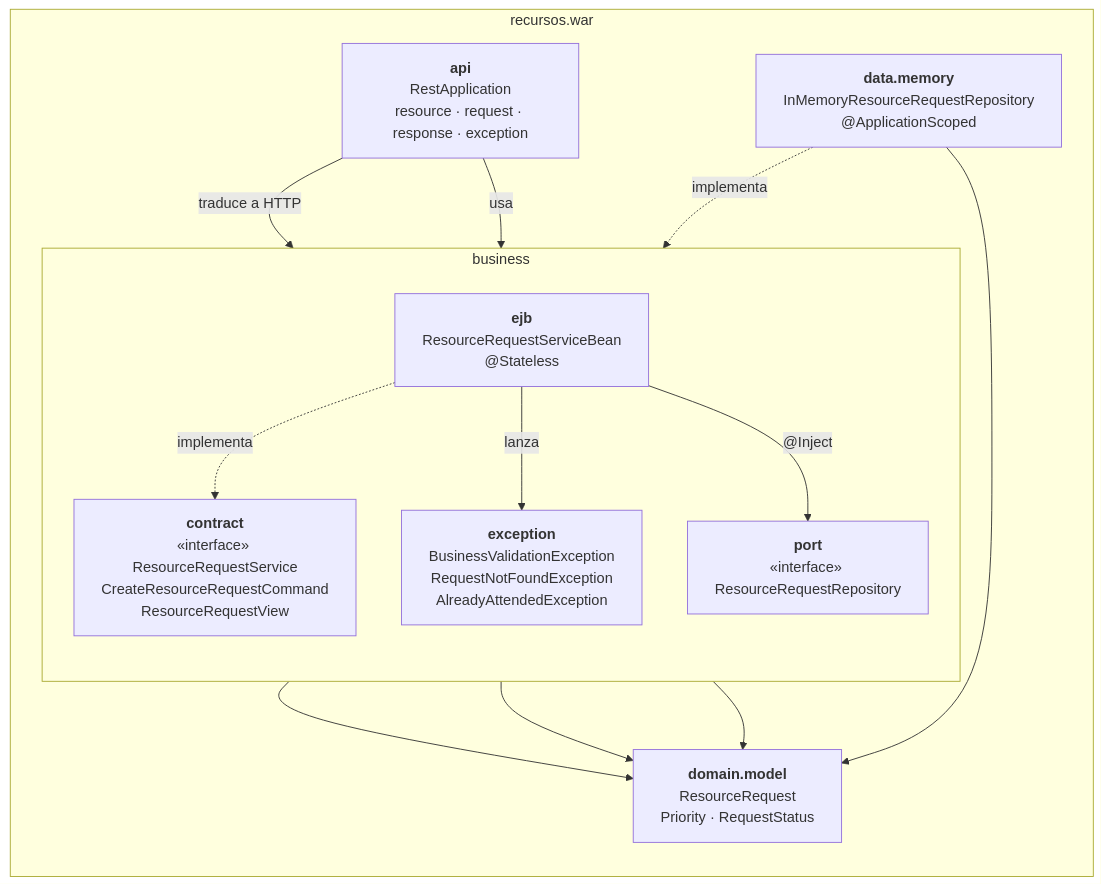
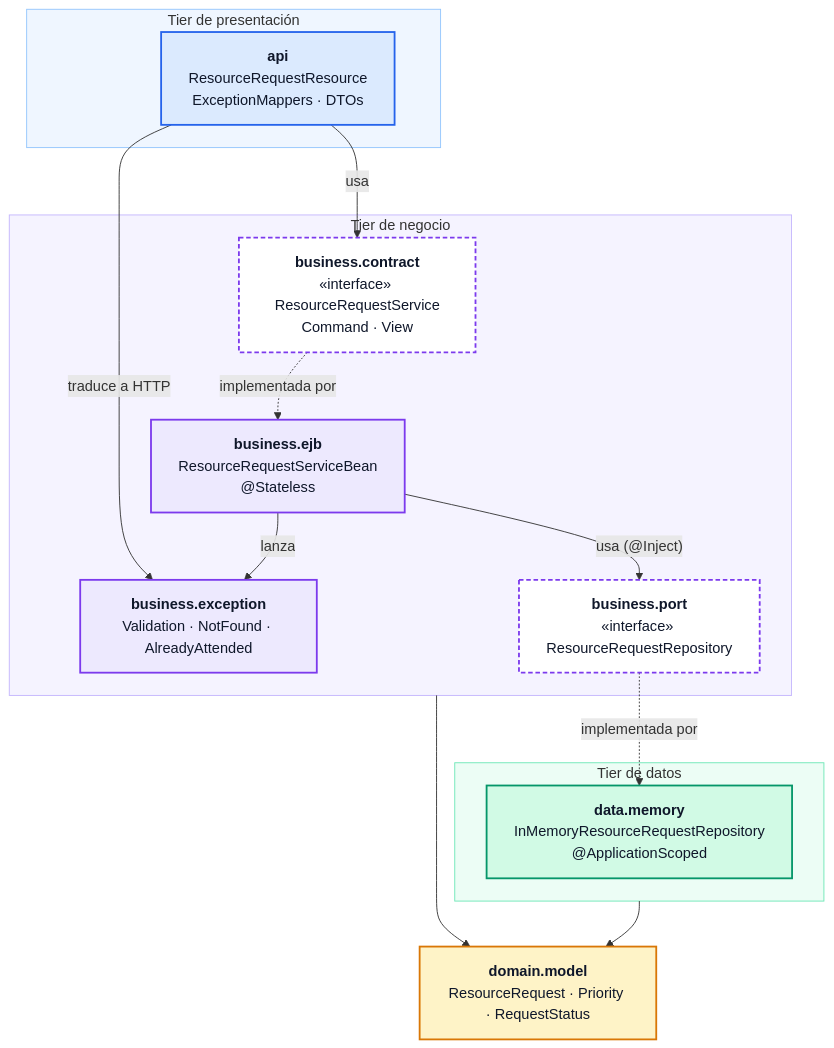
One commit to andreMD287/JEE-Negocio changed the first of 9 diagrams in docs/arquitectura.md. Above: the diagram before and after it, drawn with Mermaid. The commit also changed other lines of this file and 1 other file, not shown here.

First line of the commit message:
Documentación: diagramas rediseñados y redacción formal

````diff
--- a/docs/arquitectura.md
+++ b/docs/arquitectura.md
@@ -38,29 +42,38 @@
 ```mermaid
 flowchart TB
-    subgraph WAR["recursos.war"]
-        direction TB
-        API["<b>api</b><br/>RestApplication<br/>resource · request · response · exception"]
+    classDef api fill:#DBEAFE,stroke:#2563EB,stroke-width:2px,color:#0F172A
+    classDef biz fill:#EDE9FE,stroke:#7C3AED,stroke-width:2px,color:#0F172A
+    classDef port fill:#FFFFFF,stroke:#7C3AED,stroke-width:2px,stroke-dasharray:5 3,color:#0F172A
+    classDef dom fill:#FEF3C7,stroke:#D97706,stroke-width:2px,color:#0F172A
+    classDef data fill:#D1FAE5,stroke:#059669,stroke-width:2px,color:#0F172A
 
-        subgraph BUS["business"]
-            direction TB
-            CONTRACT["<b>contract</b><br/>«interface» ResourceRequestService<br/>CreateResourceRequestCommand<br/>ResourceRequestView"]
-            EJB["<b>ejb</b><br/>ResourceRequestServiceBean<br/>@Stateless"]
-            EXC["<b>exception</b><br/>BusinessValidationException<br/>RequestNotFoundException<br/>AlreadyAttendedException"]
-            PORT["<b>port</b><br/>«interface» ResourceRequestRepository"]
-        end
+    subgraph L1["Tier de presentación"]
+        API["<b>api</b><br/>ResourceRequestResource<br/>ExceptionMappers · DTOs"]:::api
+    end
 
-        DOMAIN["<b>domain.model</b><br/>ResourceRequest<br/>Priority · RequestStatus"]
-        DATA["<b>data.memory</b><br/>InMemoryResourceRequestRepository<br/>@ApplicationScoped"]
+    subgraph L2["Tier de negocio"]
+        CONTRACT["<b>business.contract</b><br/>«interface» ResourceRequestService<br/>Command · View"]:::port
+        EJB["<b>business.ejb</b><br/>ResourceRequestServiceBean<br/>@Stateless"]:::biz
+        EXC["<b>business.exception</b><br/>Validation · NotFound · AlreadyAttended"]:::biz
+        PORT["<b>business.port</b><br/>«interface» ResourceRequestRepository"]:::port
     end
+
+    subgraph L3["Tier de datos"]
+        DATA["<b>data.memory</b><br/>InMemoryResourceRequestRepository<br/>@ApplicationScoped"]:::data
+    end
+
+    DOMAIN["<b>domain.model</b><br/>ResourceRequest · Priority · RequestStatus"]:::dom
 
     API -->|usa| CONTRACT
     API -->|traduce a HTTP| EXC
-    EJB -.->|implementa| CONTRACT
+    CONTRACT -.->|implementada por| EJB
     EJB -->|lanza| EXC
-    EJB -->|"@Inject"| PORT
-    DATA -.->|implementa| PORT
-    EJB --> DOMAIN
-    PORT --> DOMAIN
-    DATA --> DOMAIN
-    CONTRACT --> DOMAIN
+    EJB -->|"usa (@Inject)"| PORT
+    PORT -.->|implementada por| DATA
+    L2 --> DOMAIN
+    L3 --> DOMAIN
+
+    style L1 fill:#EFF6FF,stroke:#93C5FD
+    style L2 fill:#F5F3FF,stroke:#C4B5FD
+    style L3 fill:#ECFDF5,stroke:#6EE7B7
 ```
````
